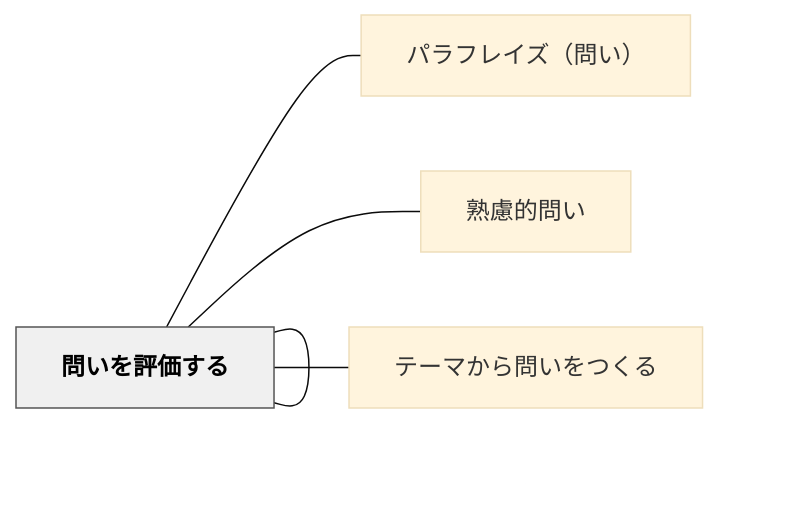
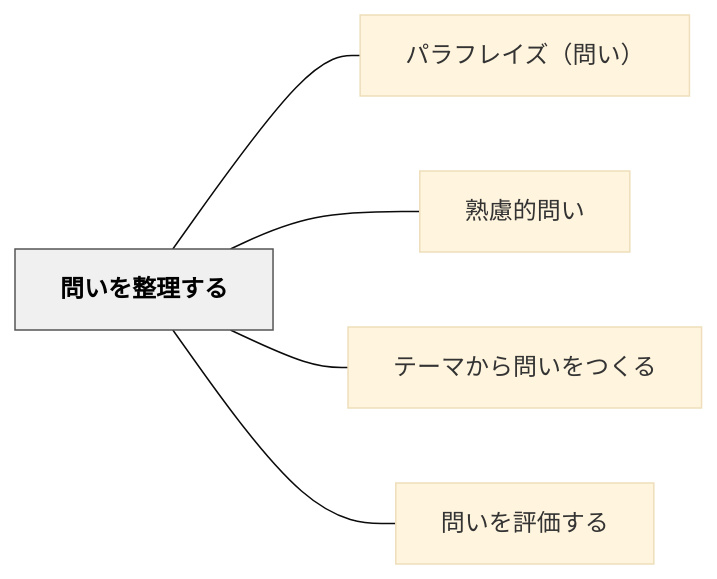
The diagram in content/パタン/問いを整理する.md (unknownthings-ed-patterns/unknownthings-ed-patterns), drawn with Mermaid (base theme) before and after one commit. The commit also changed 527 other files, not shown here.

````diff
--- a/content/パタン/問いを整理する.md
+++ b/content/パタン/問いを整理する.md
@@ -50,16 +50,16 @@
 ```mermaid
 flowchart LR
-    ne5958fe38184["問いを整理する"]
-    ne38391e383a9["パラフレイズ（問い）"]
-    ne7869fe685ae["熟慮的問い"]
-    ne38386e383bc["テーマから問いをつくる"]
-    ne5958fe38184["問いを評価する"]
+    ne5958fe38184e38292e695b4e79086e38199e3828b["問いを整理する"]
+    ne38391e383a9e38395e383ace382a4e382baefbc88e5958fe38184efbc89["パラフレイズ（問い）"]
+    ne7869fe685aee79a84e5958fe38184["熟慮的問い"]
+    ne38386e383bce3839ee3818be38289e5958fe38184e38292e381a4e3818fe3828b["テーマから問いをつくる"]
+    ne5958fe38184e38292e8a995e4bea1e38199e3828b["問いを評価する"]
 
-    ne5958fe38184 --- ne38391e383a9
-    ne5958fe38184 --- ne7869fe685ae
-    ne5958fe38184 --- ne38386e383bc
-    ne5958fe38184 --- ne5958fe38184
+    ne5958fe38184e38292e695b4e79086e38199e3828b --- ne38391e383a9e38395e383ace382a4e382baefbc88e5958fe38184efbc89
+    ne5958fe38184e38292e695b4e79086e38199e3828b --- ne7869fe685aee79a84e5958fe38184
+    ne5958fe38184e38292e695b4e79086e38199e3828b --- ne38386e383bce3839ee3818be38289e5958fe38184e38292e381a4e3818fe3828b
+    ne5958fe38184e38292e695b4e79086e38199e3828b --- ne5958fe38184e38292e8a995e4bea1e38199e3828b
 
     classDef hub fill:#f0f0f0,stroke:#555,color:#000,font-weight:bold
-    class ne5958fe38184 hub
+    class ne5958fe38184e38292e695b4e79086e38199e3828b hub
 ```
````
